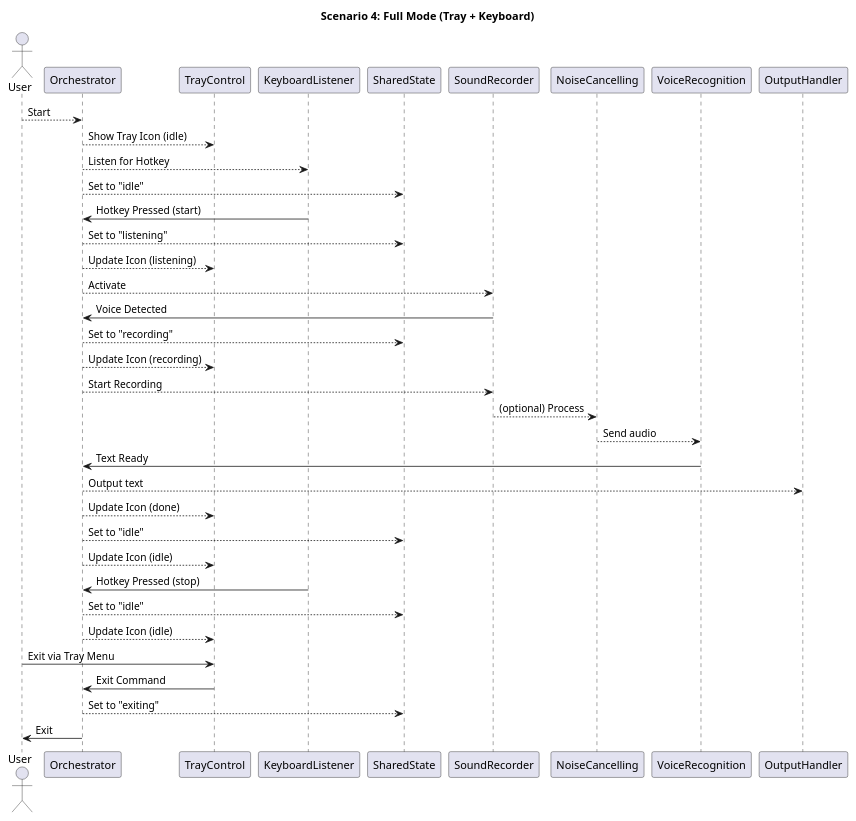
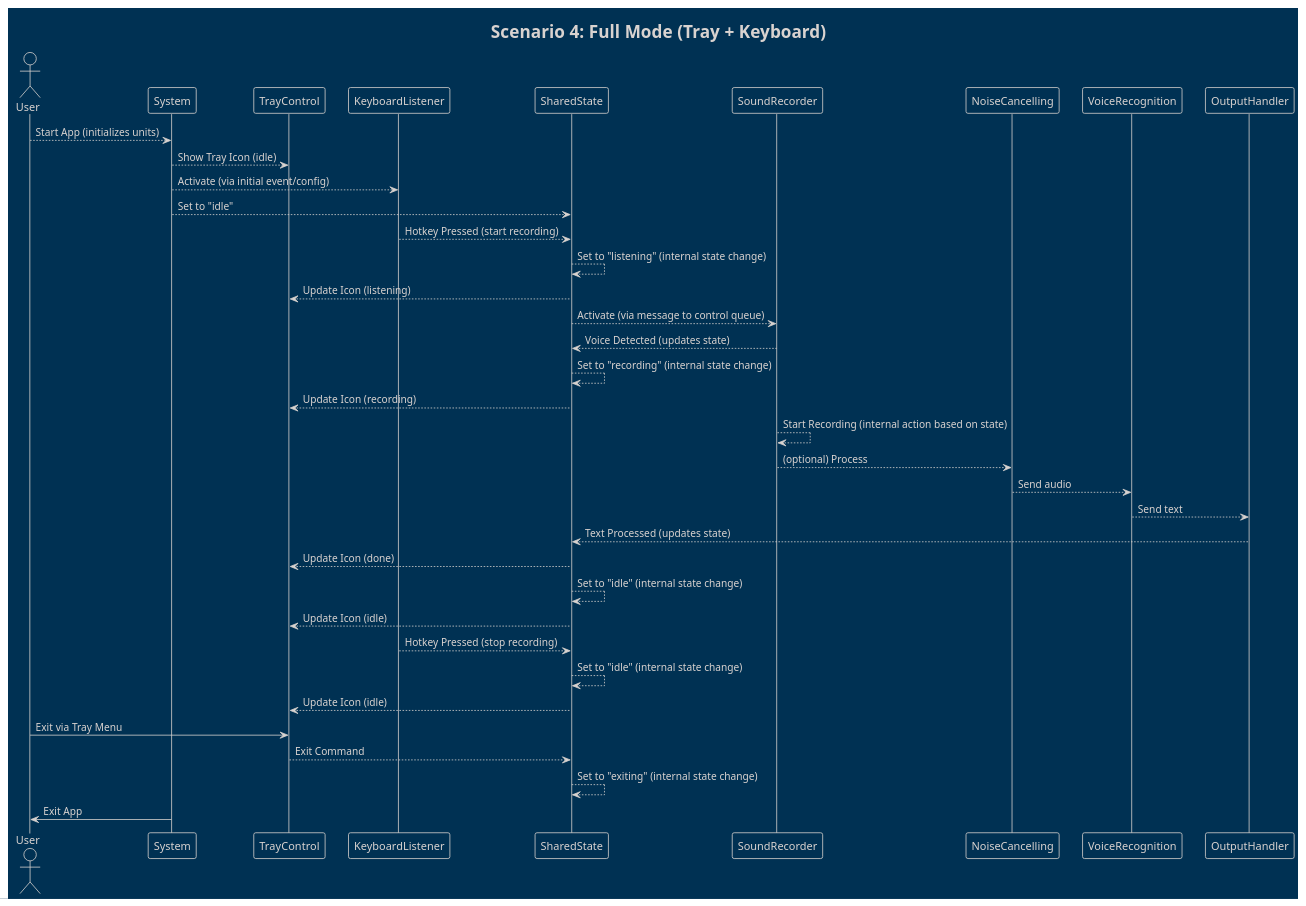
Before and after one commit to vovka/ubuntu_voice_to_text: the fifth of 6 diagrams in docs/architecture v0.1.0/scenarios.md, drawn with PlantUML. The commit also changed other lines of this file and 7 other files, not shown here.

Commit message:
Reworked architecture to choreography

````diff
--- a/docs/architecture v0.1.0/scenarios.md
+++ b/docs/architecture v0.1.0/scenarios.md
@@ -143,39 +145,39 @@
 ```plantuml
-@startuml
+!theme blueprint
 title Scenario 4: Full Mode (Tray + Keyboard)
 
 actor User
 
-User --> Orchestrator: Start
-Orchestrator --> TrayControl: Show Tray Icon (idle)
-Orchestrator --> KeyboardListener: Listen for Hotkey
-Orchestrator --> SharedState: Set to "idle"
+User --> System: Start App (initializes units)
+System --> TrayControl: Show Tray Icon (idle)
+System --> KeyboardListener: Activate (via initial event/config)
+System --> SharedState: Set to "idle"
 
-KeyboardListener -> Orchestrator: Hotkey Pressed (start)
-Orchestrator --> SharedState: Set to "listening"
-Orchestrator --> TrayControl: Update Icon (listening)
-Orchestrator --> SoundRecorder: Activate
+KeyboardListener --> SharedState: Hotkey Pressed (start recording)
+SharedState --> SharedState: Set to "listening" (internal state change)
+SharedState --> TrayControl: Update Icon (listening)
+SharedState --> SoundRecorder: Activate (via message to control queue)
 
-SoundRecorder -> Orchestrator: Voice Detected
-Orchestrator --> SharedState: Set to "recording"
-Orchestrator --> TrayControl: Update Icon (recording)
-Orchestrator --> SoundRecorder: Start Recording
+SoundRecorder --> SharedState: Voice Detected (updates state)
+SharedState --> SharedState: Set to "recording" (internal state change)
+SharedState --> TrayControl: Update Icon (recording)
+SoundRecorder --> SoundRecorder: Start Recording (internal action based on state)
 SoundRecorder --> NoiseCancelling: (optional) Process
 NoiseCancelling --> VoiceRecognition: Send audio
-VoiceRecognition -> Orchestrator: Text Ready
-Orchestrator --> OutputHandler: Output text
-Orchestrator --> TrayControl: Update Icon (done)
-Orchestrator --> SharedState: Set to "idle"
-Orchestrator --> TrayControl: Update Icon (idle)
+VoiceRecognition --> OutputHandler: Send text
+OutputHandler --> SharedState: Text Processed (updates state)
+SharedState --> TrayControl: Update Icon (done)
+SharedState --> SharedState: Set to "idle" (internal state change)
+SharedState --> TrayControl: Update Icon (idle)
 
-KeyboardListener -> Orchestrator: Hotkey Pressed (stop)
-Orchestrator --> SharedState: Set to "idle"
-Orchestrator --> TrayControl: Update Icon (idle)
+KeyboardListener --> SharedState: Hotkey Pressed (stop recording)
+SharedState --> SharedState: Set to "idle" (internal state change)
+SharedState --> TrayControl: Update Icon (idle)
 
 User -> TrayControl: Exit via Tray Menu
-TrayControl -> Orchestrator: Exit Command
-Orchestrator --> SharedState: Set to "exiting"
-Orchestrator -> User: Exit
+TrayControl --> SharedState: Exit Command
+SharedState --> SharedState: Set to "exiting" (internal state change)
+System -> User: Exit App
 
 @enduml
 ```
````
